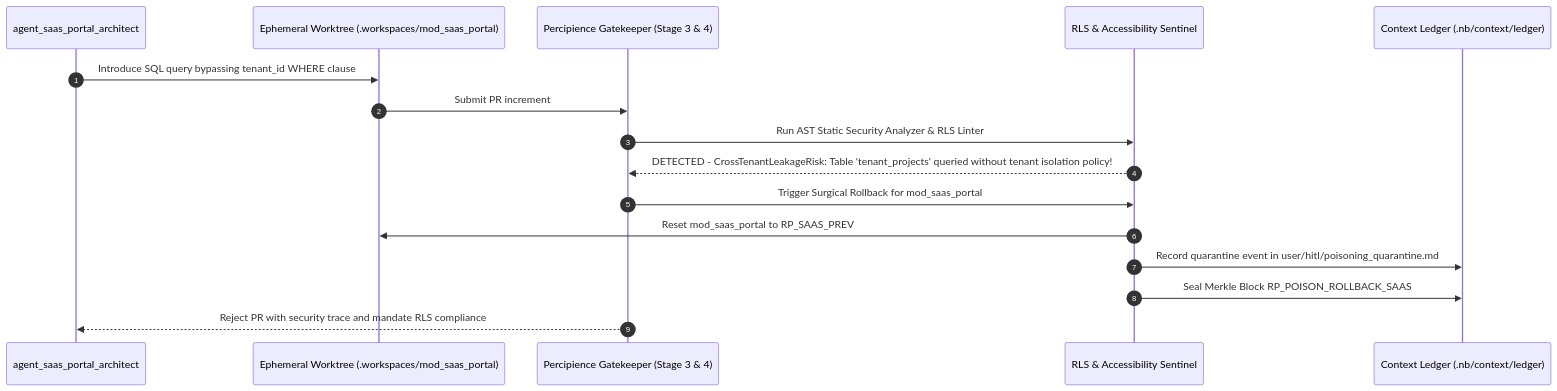
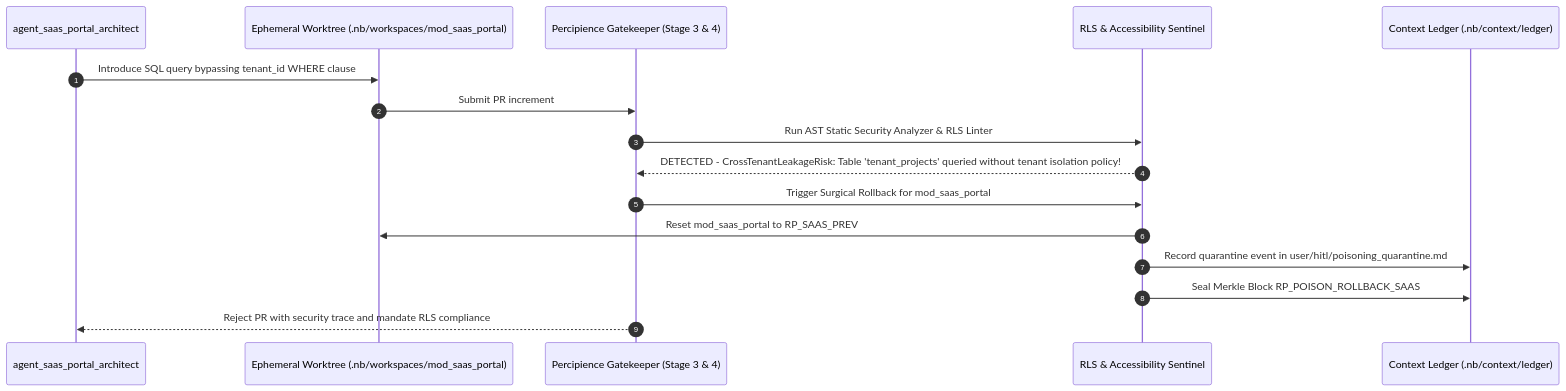
Before and after one commit to lakhwindersingh/nb_fairyfly: the second of 2 diagrams in .nb/plan/l1/saas-portal-domain/detailed.md, drawn with Mermaid. The commit also changed other lines of this file and 59 other files, not shown here.

````diff
--- a/.nb/plan/l1/saas-portal-domain/detailed.md
+++ b/.nb/plan/l1/saas-portal-domain/detailed.md
@@ -212,19 +212,19 @@
 ```mermaid
 sequenceDiagram
   autonumber
   participant Agent as agent_saas_portal_architect
-  participant WT as Ephemeral Worktree (.workspaces/mod_saas_portal)
+  participant WT as Ephemeral Worktree (.nb/workspaces/mod_saas_portal)
   participant Gate as Percipience Gatekeeper (Stage 3 & 4)
   participant Sentinel as RLS & Accessibility Sentinel
   participant Ledger as Context Ledger (.nb/context/ledger)
 
   Agent->>WT: Introduce SQL query bypassing tenant_id WHERE clause
   WT->>Gate: Submit PR increment
   Gate->>Sentinel: Run AST Static Security Analyzer & RLS Linter
   Sentinel-->>Gate: DETECTED - CrossTenantLeakageRisk: Table 'tenant_projects' queried without tenant isolation policy!
   Gate->>Sentinel: Trigger Surgical Rollback for mod_saas_portal
   Sentinel->>WT: Reset mod_saas_portal to RP_SAAS_PREV
   Sentinel->>Ledger: Record quarantine event in user/hitl/poisoning_quarantine.md
   Sentinel->>Ledger: Seal Merkle Block RP_POISON_ROLLBACK_SAAS
   Gate-->>Agent: Reject PR with security trace and mandate RLS compliance
 ```
````
